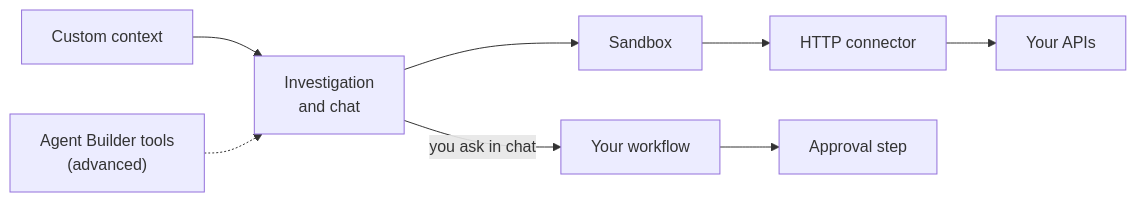
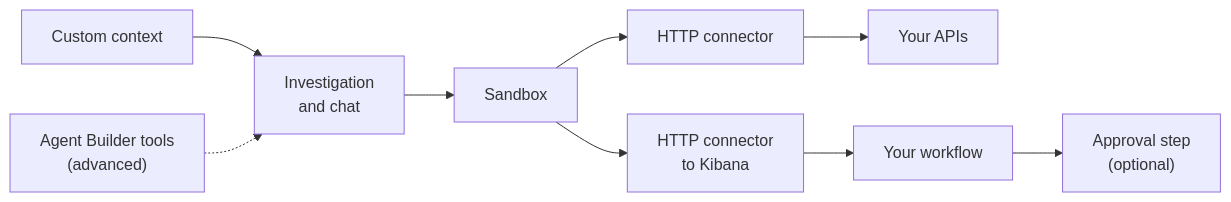
The diagram in solutions/observability/nightshift/investigation/extend.md (elastic/docs-content), drawn with Mermaid before and after one commit. The commit also changed other lines of this file and 23 other files, not shown here.

````diff
--- a/solutions/observability/nightshift/investigation/extend.md
+++ b/solutions/observability/nightshift/investigation/extend.md
@@ -18,10 +18,11 @@
 ```mermaid
 flowchart LR
     C["Custom context"] --> I["Investigation<br/>and chat"]
     T["Agent Builder tools<br/>(advanced)"] -.-> I
     I --> S["Sandbox"]
     S --> H["HTTP connector"]
     H --> A["Your APIs"]
-    I -->|you ask in chat| W["Your workflow"]
-    W --> P["Approval step"]
+    S --> K["HTTP connector<br/>to Kibana"]
+    K --> W["Your workflow"]
+    W --> P["Approval step<br/>(optional)"]
 ```
````
